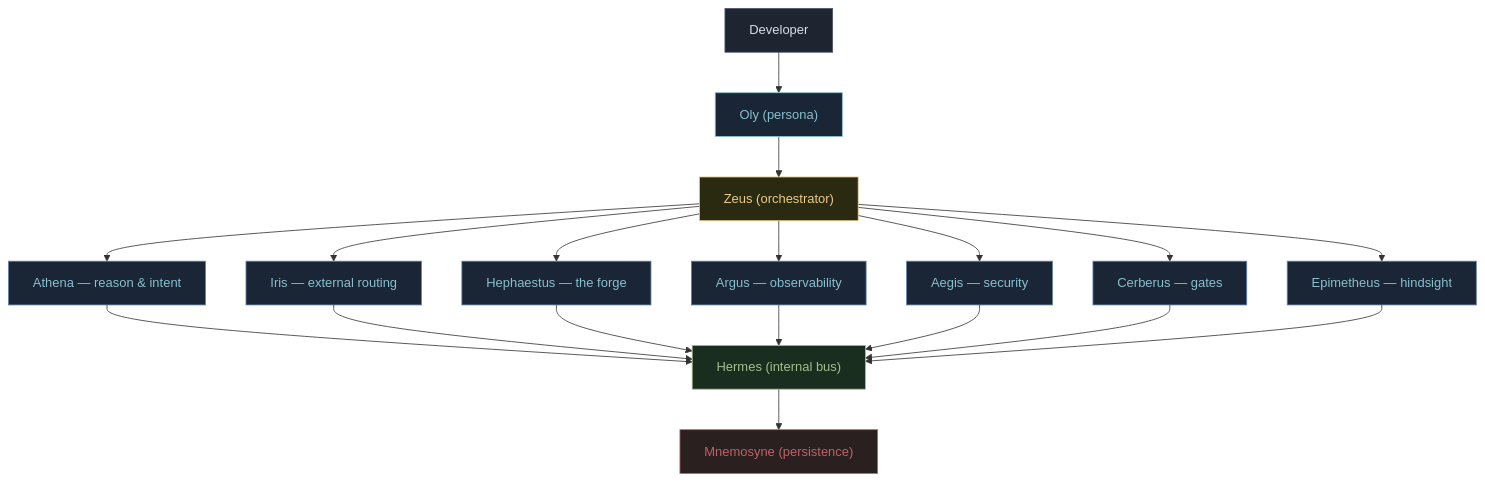
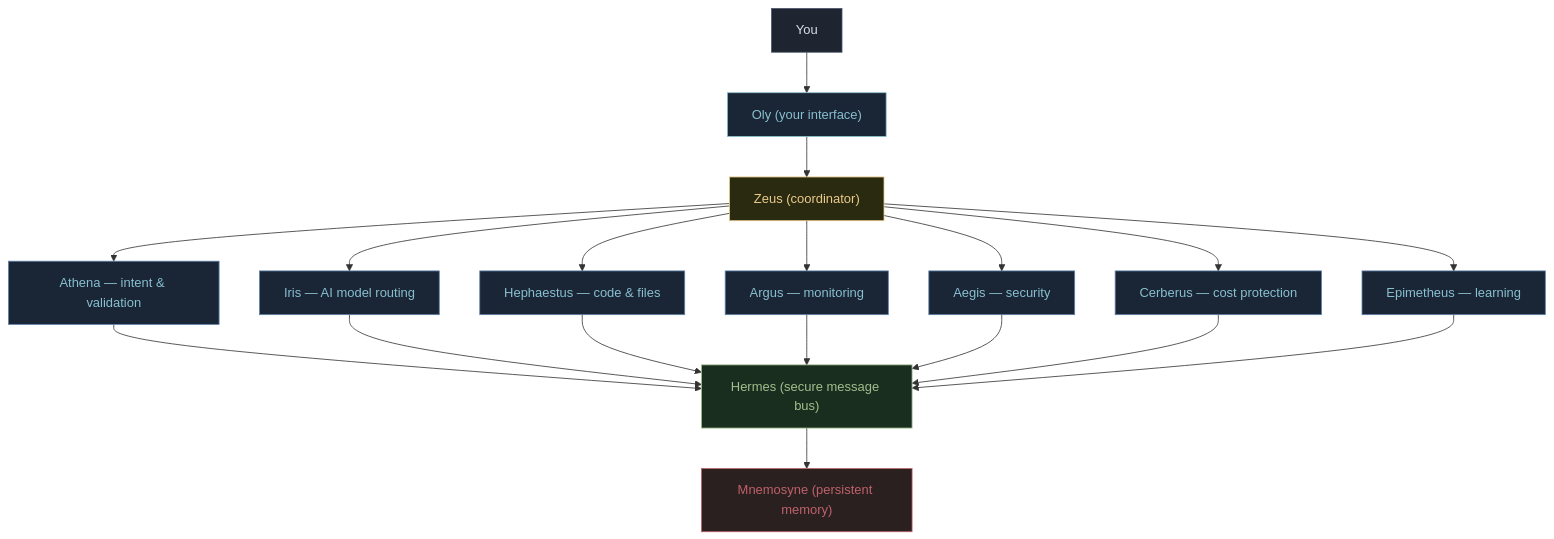
Before and after one commit to convergent-systems-co/olympus: the diagram in docs/architecture.md, drawn with Mermaid. The commit also changed other lines of this file and 8 other files, not shown here.

```diff
--- a/docs/architecture.md
+++ b/docs/architecture.md
@@ -119,35 +92,35 @@
 <div class="mermaid">
 flowchart TD
-    DEV["Developer"] --> OLY["Oly (persona)"]
-    OLY --> ZEUS["Zeus (orchestrator)"]
-    ZEUS --> ATHENA["Athena — reason & intent"]
-    ZEUS --> IRIS["Iris — external routing"]
-    ZEUS --> HEPH["Hephaestus — the forge"]
-    ZEUS --> ARGUS["Argus — observability"]
+    DEV["You"] --> OLY["Oly (your interface)"]
+    OLY --> ZEUS["Zeus (coordinator)"]
+    ZEUS --> ATHENA["Athena — intent & validation"]
+    ZEUS --> IRIS["Iris — AI model routing"]
+    ZEUS --> HEPH["Hephaestus — code & files"]
+    ZEUS --> ARGUS["Argus — monitoring"]
     ZEUS --> AEGIS["Aegis — security"]
-    ZEUS --> CERB["Cerberus — gates"]
-    ZEUS --> EPIM["Epimetheus — hindsight"]
+    ZEUS --> CERB["Cerberus — cost protection"]
+    ZEUS --> EPIM["Epimetheus — learning"]
 
-    ATHENA --> HERMES["Hermes (internal bus)"]
+    ATHENA --> HERMES["Hermes (secure message bus)"]
     IRIS --> HERMES
     HEPH --> HERMES
     ARGUS --> HERMES
     AEGIS --> HERMES
     CERB --> HERMES
     EPIM --> HERMES
 
-    HERMES --> MNEM["Mnemosyne (persistence)"]
+    HERMES --> MNEM["Mnemosyne (persistent memory)"]
 
     style DEV fill:#1e2430,color:#D8DEE9,stroke:#4C566A
     style OLY fill:#1a2535,color:#88C0D0,stroke:#88C0D0
     style ZEUS fill:#2a2a10,color:#EBCB8B,stroke:#EBCB8B
     style ATHENA fill:#1a2535,color:#88C0D0,stroke:#5E81AC
     style IRIS fill:#1a2535,color:#88C0D0,stroke:#5E81AC
     style HEPH fill:#1a2535,color:#88C0D0,stroke:#5E81AC
     style ARGUS fill:#1a2535,color:#88C0D0,stroke:#5E81AC
     style AEGIS fill:#1a2535,color:#88C0D0,stroke:#5E81AC
     style CERB fill:#1a2535,color:#88C0D0,stroke:#5E81AC
     style EPIM fill:#1a2535,color:#88C0D0,stroke:#5E81AC
     style HERMES fill:#1a2e20,color:#A3BE8C,stroke:#A3BE8C
     style MNEM fill:#2a2020,color:#BF616A,stroke:#BF616A
 </div>
```
